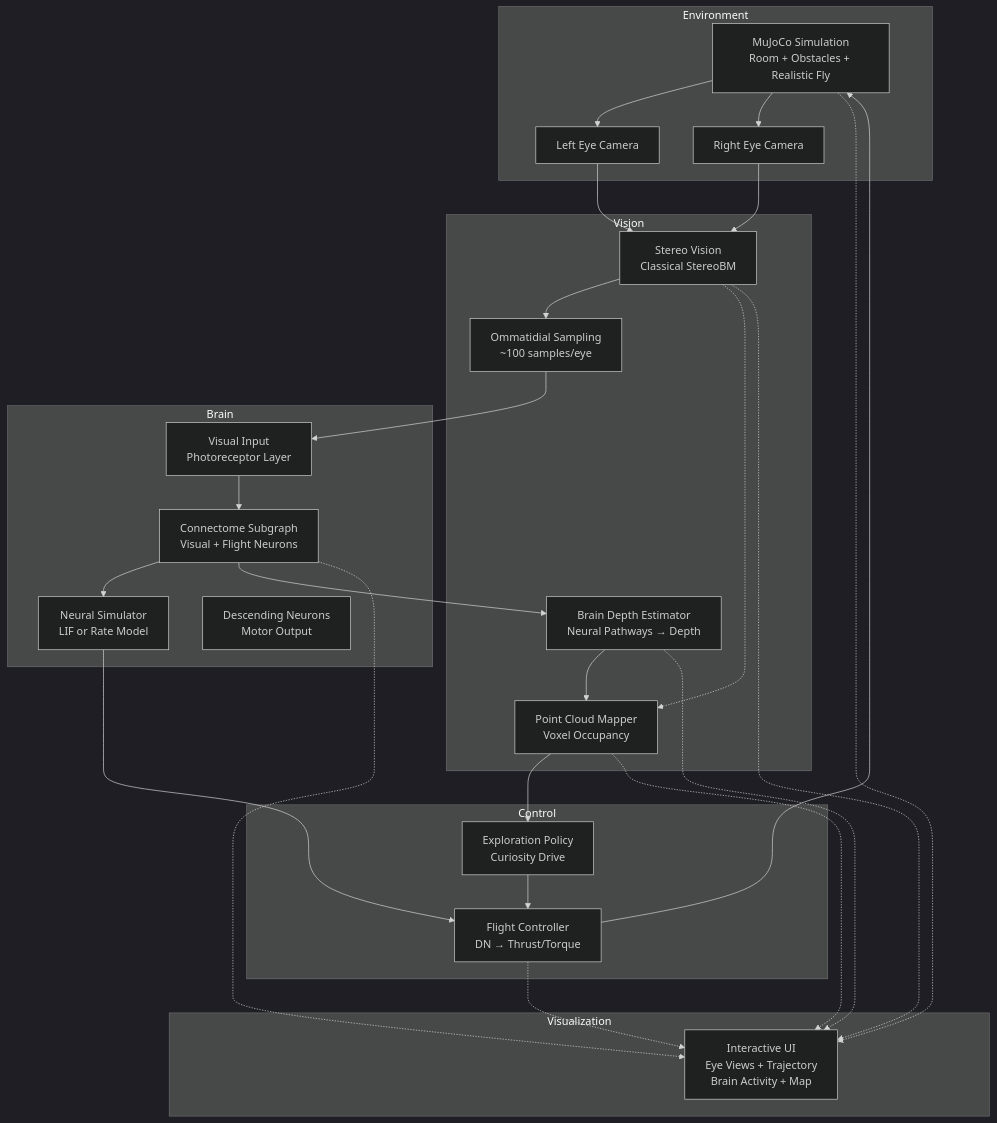
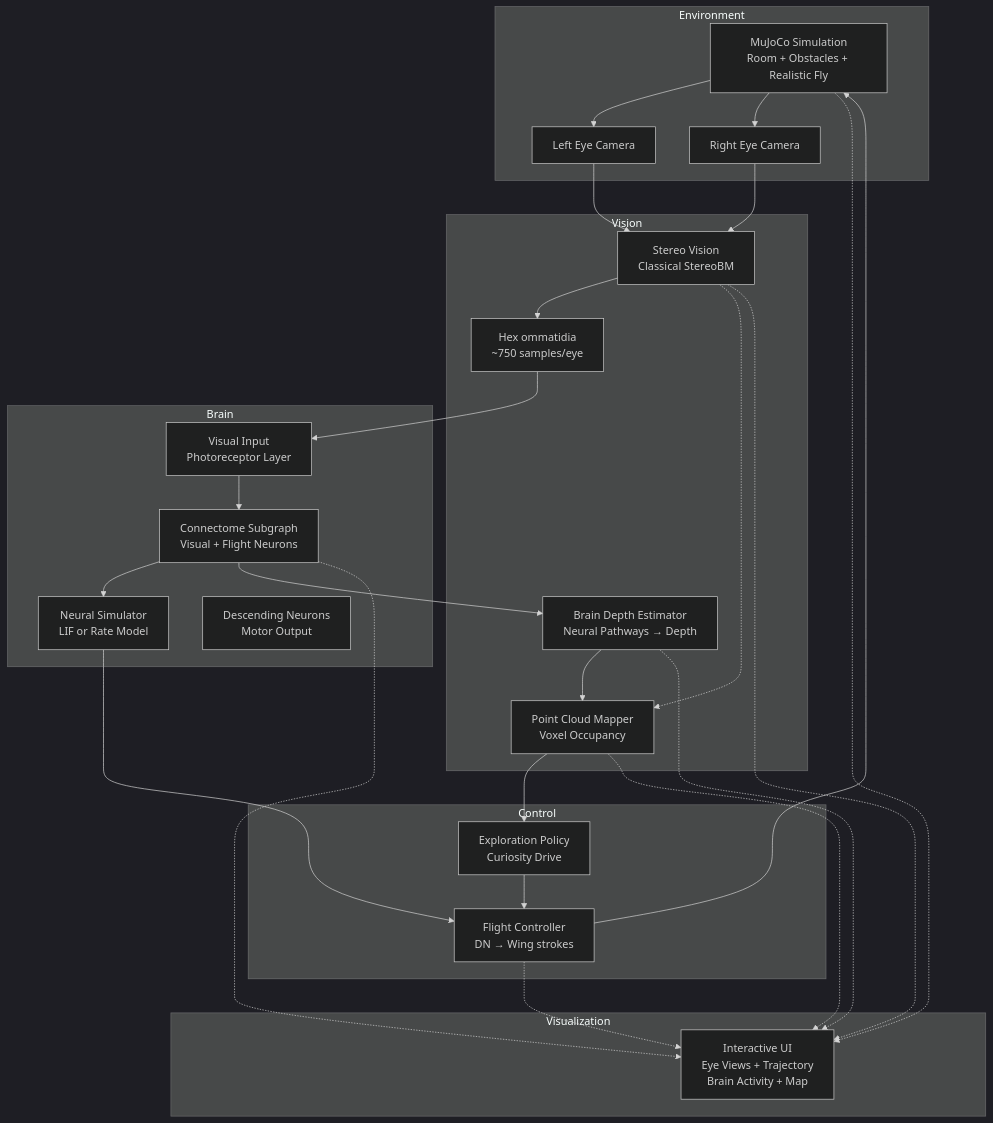
One commit to liudicsu/3dfly changed the diagram in README.md. Above: the diagram before and after it, drawn with Mermaid (dark theme). The commit also changed other lines of this file and 23 other files, not shown here.

First line of the commit message:
feat: flybody physics body with wing-driven lift, haltere input, and hex eyes

````diff
--- a/README.md
+++ b/README.md
@@ -73,54 +75,54 @@
 ```mermaid
 graph TB
     subgraph Environment
         A[MuJoCo Simulation<br/>Room + Obstacles + Realistic Fly]
         B[Left Eye Camera]
         C[Right Eye Camera]
     end
     
     subgraph Vision
         D[Stereo Vision<br/>Classical StereoBM]
-        E[Ommatidial Sampling<br/>~100 samples/eye]
+        E[Hex ommatidia<br/>~750 samples/eye]
         F[Brain Depth Estimator<br/>Neural Pathways → Depth]
         G[Point Cloud Mapper<br/>Voxel Occupancy]
     end
     
     subgraph Brain
         H[Visual Input<br/>Photoreceptor Layer]
         I[Connectome Subgraph<br/>Visual + Flight Neurons]
         J[Neural Simulator<br/>LIF or Rate Model]
         K[Descending Neurons<br/>Motor Output]
     end
     
     subgraph Control
-        L[Flight Controller<br/>DN → Thrust/Torque]
+        L[Flight Controller<br/>DN → Wing strokes]
         M[Exploration Policy<br/>Curiosity Drive]
     end
     
     subgraph Visualization
         N[Interactive UI<br/>Eye Views + Trajectory<br/>Brain Activity + Map]
     end
     
     B --> D
     C --> D
     D --> E
     E --> H
     H --> I
     I --> J
     I --> F
     F --> G
     D -.-> G
     J --> L
     G --> M
     M --> L
     L --> A
     A --> B
     A --> C
     
     D -.-> N
     F -.-> N
     I -.-> N
     L -.-> N
     G -.-> N
     A -.-> N
 ```
````
